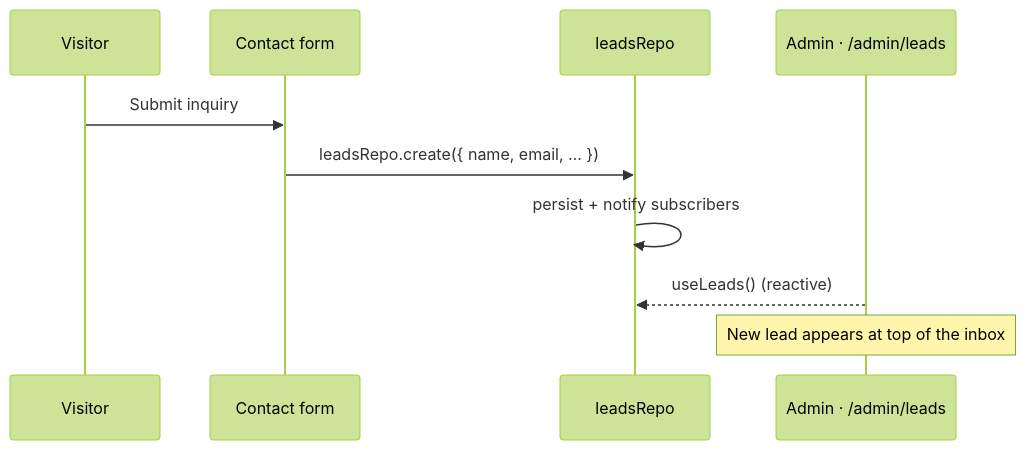
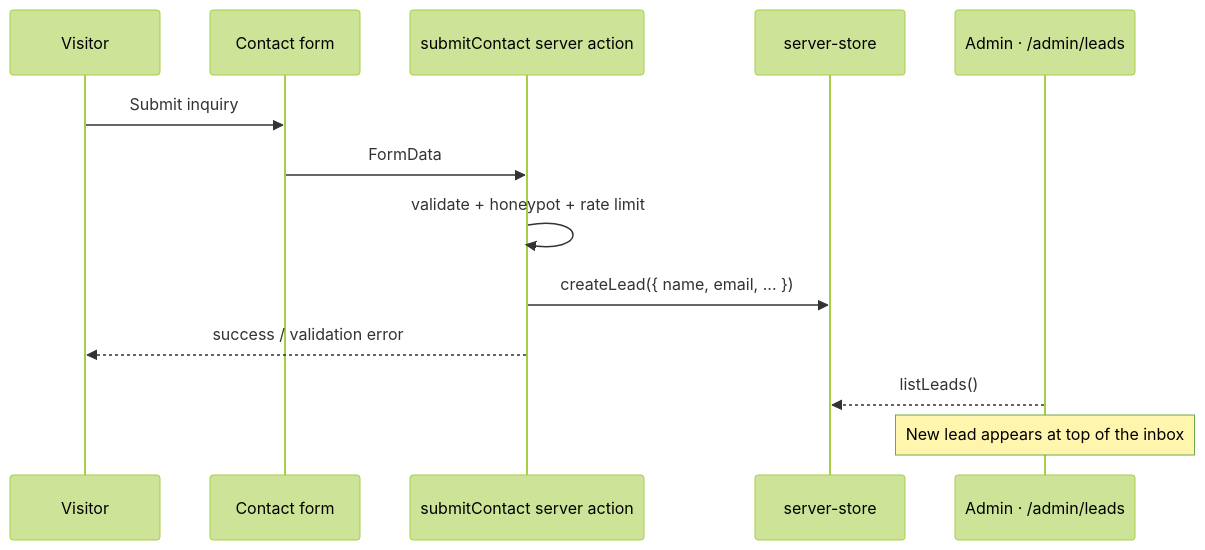
One commit to Aakashwije/vezvora changed the fifth of 5 diagrams in README.md. Above: the diagram before and after it, drawn with Mermaid (forest theme). The commit also changed other lines of this file and 38 other files, not shown here.

````diff
--- a/README.md
+++ b/README.md
@@ -325,12 +326,15 @@
 ```mermaid
 sequenceDiagram
     participant V as Visitor
     participant F as Contact form
-    participant R as leadsRepo
+    participant S as submitContact server action
+    participant R as server-store
     participant A as Admin · /admin/leads
     V->>F: Submit inquiry
-    F->>R: leadsRepo.create({ name, email, … })
-    R->>R: persist + notify subscribers
-    A-->>R: useLeads() (reactive)
+    F->>S: FormData
+    S->>S: validate + honeypot + rate limit
+    S->>R: createLead({ name, email, ... })
+    S-->>V: success / validation error
+    A-->>R: listLeads()
     Note over A: New lead appears at top of the inbox
 ```
````
